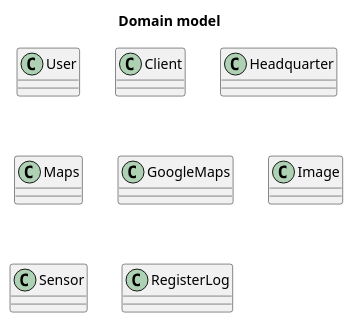
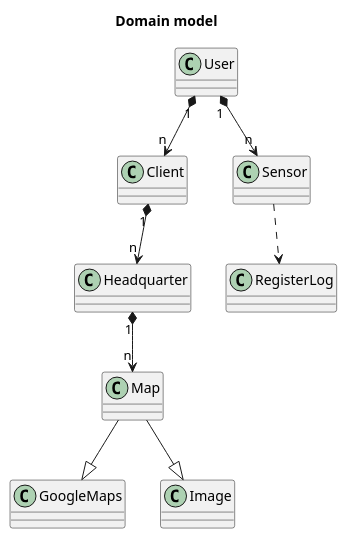
One commit to jumpering/pestmonitors changed the diagram in docs/src/domainModel/domainModel.puml. Above: the diagram before and after it, drawn with PlantUML. The commit also changed 5 other files, not shown here.

```diff
--- a/docs/src/domainModel/domainModel.puml
+++ b/docs/src/domainModel/domainModel.puml
@@ -1,11 +1,20 @@
 @startuml
 title Domain model
 class User
 class Client
 class Headquarter
-class Maps
+class Map
 class GoogleMaps
 class Image
 class Sensor
 class RegisterLog
+
+User "1" *--> "n" Sensor
+User "1" *--> "n" Client
+Client "1" *--> "n" Headquarter
+Headquarter "1" *--> "n" Map
+Map -down-|> GoogleMaps
+Map -down-|> Image
+
+Sensor ..> RegisterLog
 @enduml
```
